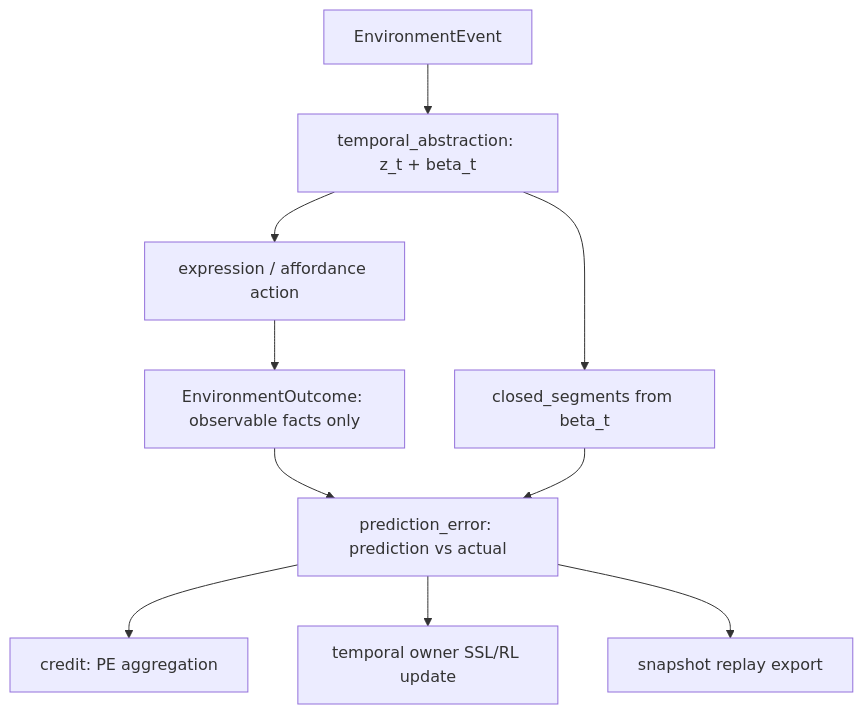
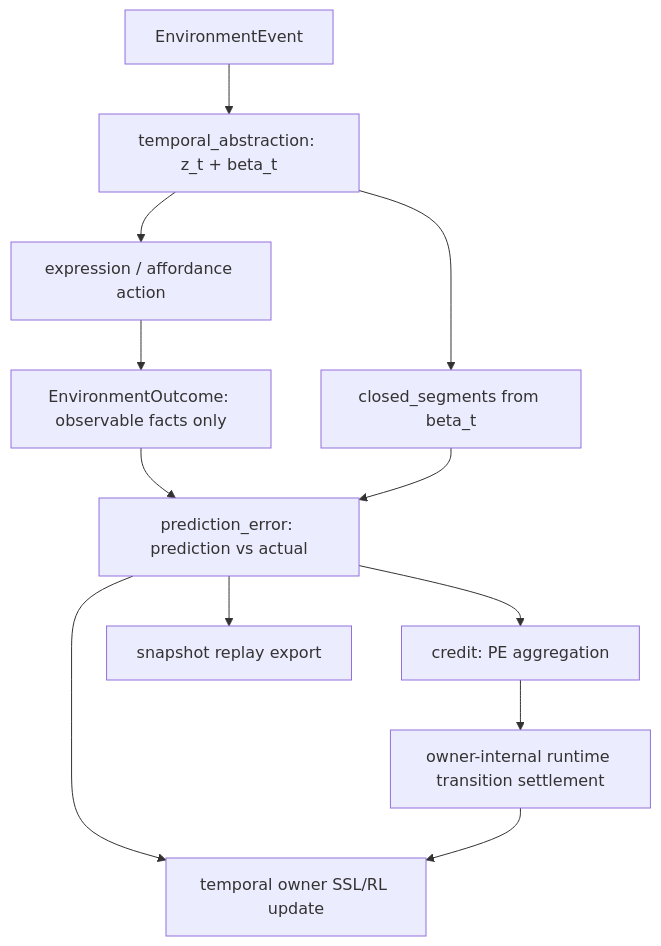
The diagram in docs/specs/emergent-action-abstraction.md (ronaldzgithub/VolvenceZero), drawn with Mermaid before and after one commit. The commit also changed other lines of this file and 60 other files, not shown here.

````diff
--- a/docs/specs/emergent-action-abstraction.md
+++ b/docs/specs/emergent-action-abstraction.md
@@ -31,12 +31,14 @@
 ```mermaid
 flowchart TD
     EnvEvent["EnvironmentEvent"] --> Temporal["temporal_abstraction: z_t + beta_t"]
     Temporal --> Action["expression / affordance action"]
     Action --> Outcome["EnvironmentOutcome: observable facts only"]
     Outcome --> PE["prediction_error: prediction vs actual"]
     Temporal --> Segment["closed_segments from beta_t"]
     Segment --> PE
     PE --> Credit["credit: PE aggregation"]
     PE --> TemporalUpdate["temporal owner SSL/RL update"]
     PE --> Replay["snapshot replay export"]
+    Credit --> RuntimeReplay["owner-internal runtime transition settlement"]
+    RuntimeReplay --> TemporalUpdate
 ```
````
